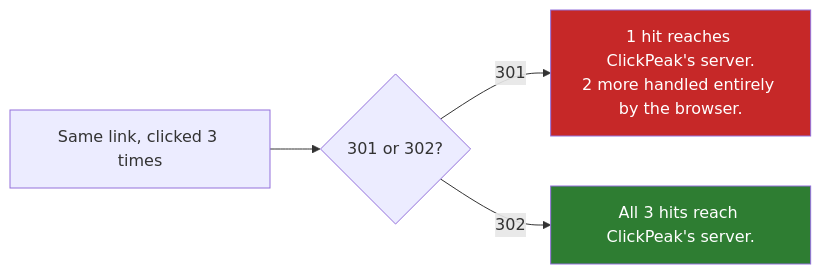
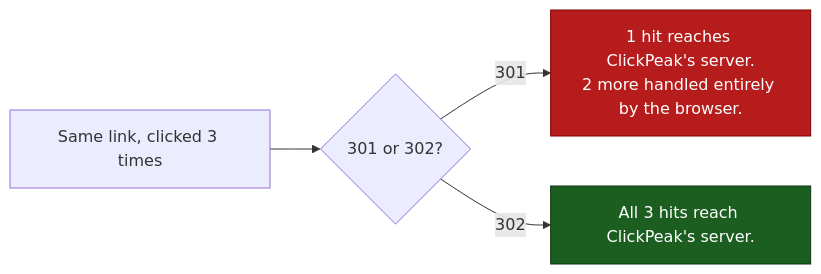
One commit to riyaz-pasha/Learnings changed the ninth of 13 diagrams in system-design/HLD/0-course/34-Design a URL Shortening Service - TinyURL-FAANG-Guide-story.md. Above: the diagram before and after it, drawn with Mermaid. The commit also changed other lines of this file and 5 other files, not shown here.

Commit message:
[REWRITE] Design Newsfeed story guide: simplify prose, add structure, fix diagrams

````diff
--- a/system-design/HLD/0-course/34-Design a URL Shortening Service - TinyURL-FAANG-Guide-story.md
+++ b/system-design/HLD/0-course/34-Design a URL Shortening Service - TinyURL-FAANG-Guide-story.md
@@ -221,8 +423,8 @@
 ```mermaid
 flowchart LR
     A["Same link, clicked 3 times"] --> B{"301 or 302?"}
-    B -->|"301"| C["1 hit reaches ClickPeak's server.\n2 more handled entirely by the browser."]
+    B -->|"301"| C["1 hit reaches ClickPeak's server.<br/>2 more handled entirely by the browser."]
     B -->|"302"| D["All 3 hits reach ClickPeak's server."]
-    style C fill:#c62828,color:#fff
-    style D fill:#2e7d32,color:#fff
+    style C fill:#b71c1c,color:#ffffff,stroke:#7f0000
+    style D fill:#1b5e20,color:#ffffff,stroke:#0d3311
 ```
````
